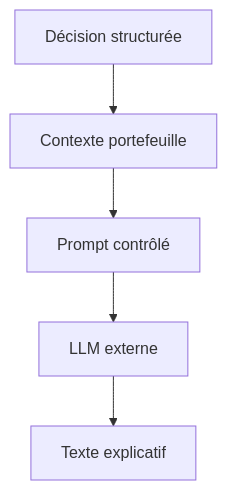
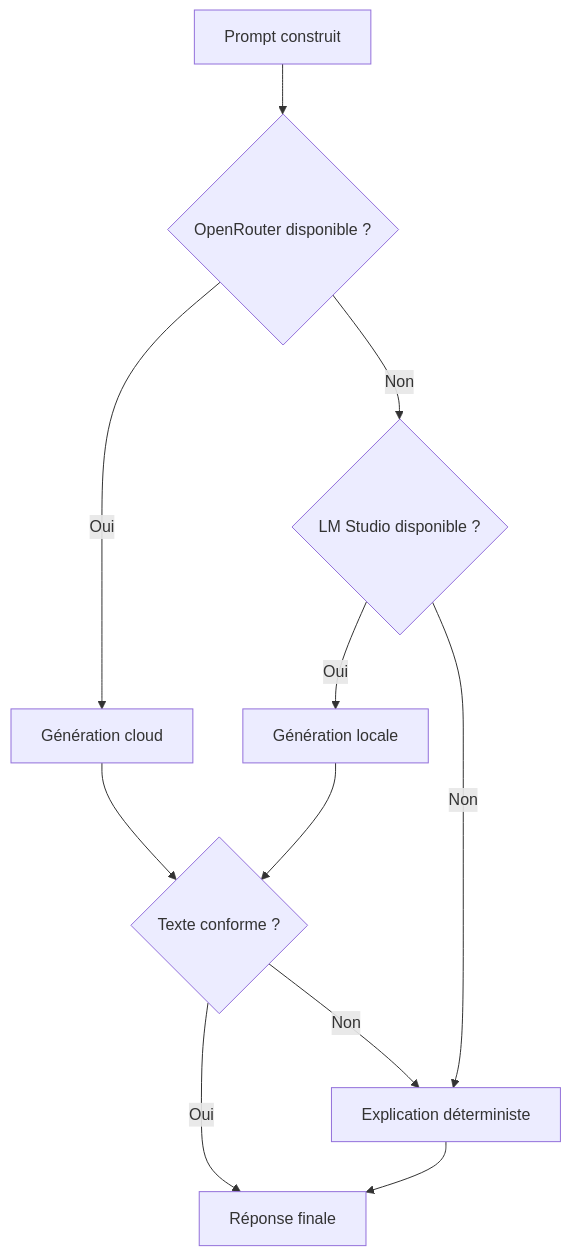
Before and after one commit to obeidallahnouicer/fixtrade: the third of 3 diagrams in docs/thesis/10_module_ia_generative.md, drawn with Mermaid. The commit also changed other lines of this file and 67 other files, not shown here.

````diff
--- a/docs/thesis/10_module_ia_generative.md
+++ b/docs/thesis/10_module_ia_generative.md
@@ -70,7 +173,13 @@
 ```mermaid
-graph TD
-    Decision[Décision structurée] --> Context[Contexte portefeuille]
-    Context --> Prompt[Prompt contrôlé]
-    Prompt --> LLM[LLM externe]
-    LLM --> Explanation[Texte explicatif]
+flowchart TD
+    P[Prompt construit] --> O{OpenRouter disponible ?}
+    O -->|Oui| G[Génération cloud]
+    O -->|Non| L{LM Studio disponible ?}
+    G --> C{Texte conforme ?}
+    L -->|Oui| M[Génération locale]
+    L -->|Non| F[Explication déterministe]
+    M --> C
+    C -->|Oui| R[Réponse finale]
+    C -->|Non| F
+    F --> R
 ```
````
